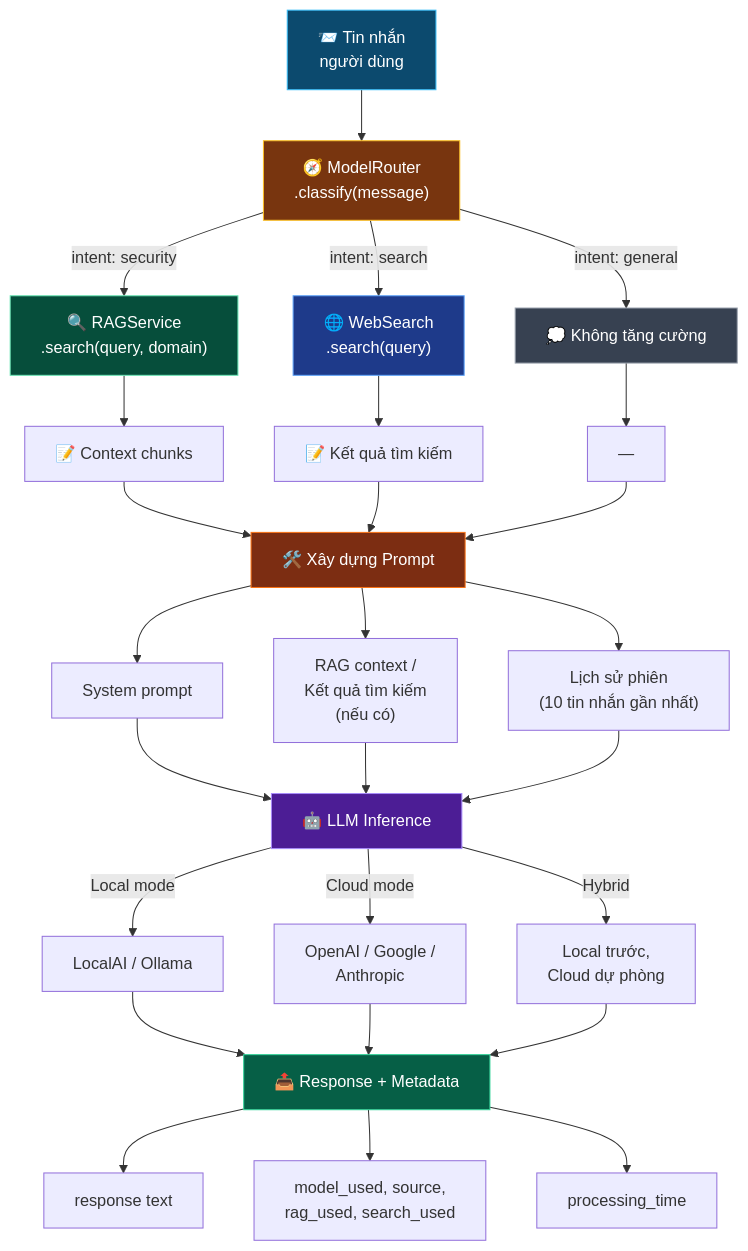
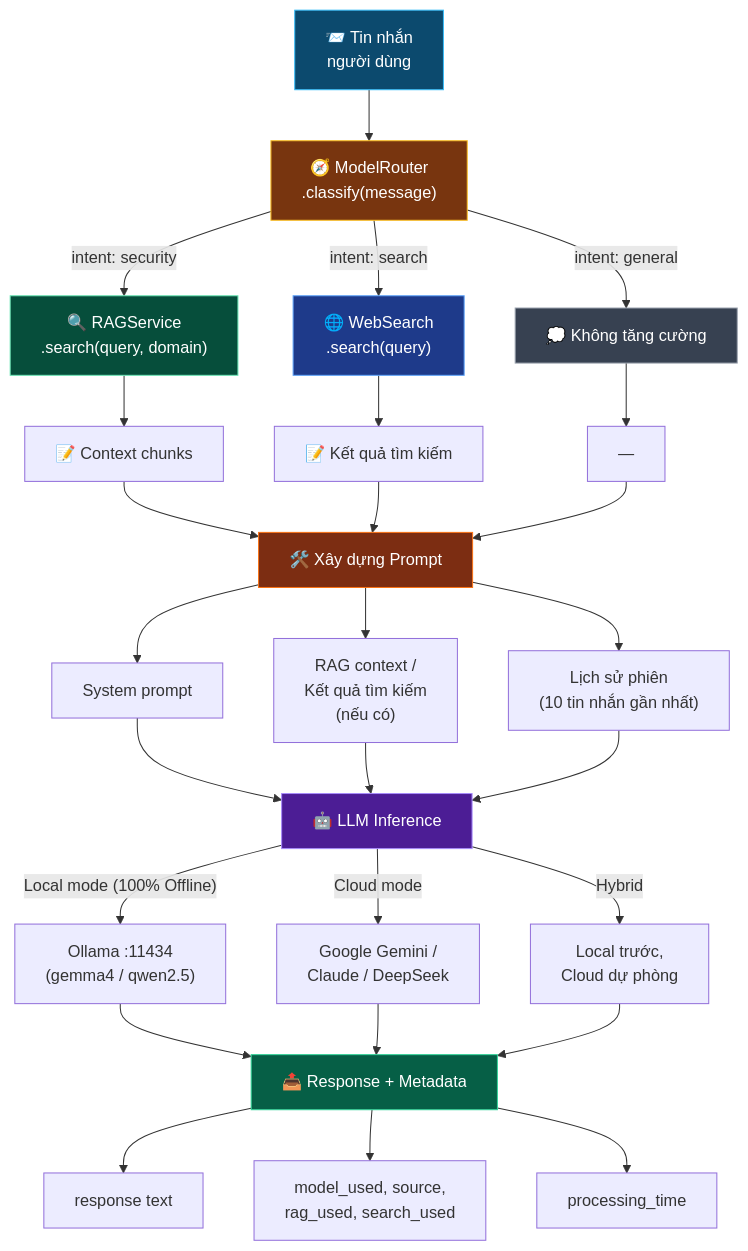
The fourth of 5 diagrams in docs/vi/chatbot_rag.md (NghiaDinh03/CyberAI-Assessment-project), drawn with Mermaid before and after one commit. The commit also changed other lines of this file and 94 other files, not shown here.

Commit message:
feat(pipeline): standardize unified assessment schema, runtime audit telemetry, masked evidence manifests, and artifact consistency validation

````diff
--- a/docs/vi/chatbot_rag.md
+++ b/docs/vi/chatbot_rag.md
@@ -362,45 +362,45 @@
 ```mermaid
 flowchart TD
     A["📨 Tin nhắn\nngười dùng"] --> B["🧭 ModelRouter\n.classify(message)"]
 
     B -->|"intent: security"| C["🔍 RAGService\n.search(query, domain)"]
     B -->|"intent: search"| D["🌐 WebSearch\n.search(query)"]
     B -->|"intent: general"| E["💭 Không tăng cường"]
 
     C --> F["📝 Context chunks"]
     D --> G["📝 Kết quả tìm kiếm"]
     E --> H["—"]
 
     F --> I["🛠️ Xây dựng Prompt"]
     G --> I
     H --> I
 
     I --> J["System prompt"]
     I --> K["RAG context /\nKết quả tìm kiếm\n(nếu có)"]
     I --> L["Lịch sử phiên\n(10 tin nhắn gần nhất)"]
 
     J --> M["🤖 LLM Inference"]
     K --> M
     L --> M
 
-    M -->|"Local mode"| N["LocalAI / Ollama"]
-    M -->|"Cloud mode"| O["OpenAI / Google /\nAnthropic"]
+    M -->|"Local mode (100% Offline)"| N["Ollama :11434\n(gemma4 / qwen2.5)"]
+    M -->|"Cloud mode"| O["Google Gemini /\nClaude / DeepSeek"]
     M -->|"Hybrid"| P["Local trước,\nCloud dự phòng"]
 
     N --> Q["📤 Response + Metadata"]
     O --> Q
     P --> Q
 
     Q --> R["response text"]
     Q --> S["model_used, source,\nrag_used, search_used"]
     Q --> T["processing_time"]
 
     style A fill:#0c4a6e,stroke:#38bdf8,color:#fff
     style B fill:#78350f,stroke:#fbbf24,color:#fff
     style C fill:#064e3b,stroke:#6ee7b7,color:#fff
     style D fill:#1e3a8a,stroke:#60a5fa,color:#fff
     style E fill:#374151,stroke:#9ca3af,color:#fff
     style I fill:#7c2d12,stroke:#f97316,color:#fff
     style M fill:#4c1d95,stroke:#a78bfa,color:#fff
     style Q fill:#065f46,stroke:#34d399,color:#fff
 ```
````
